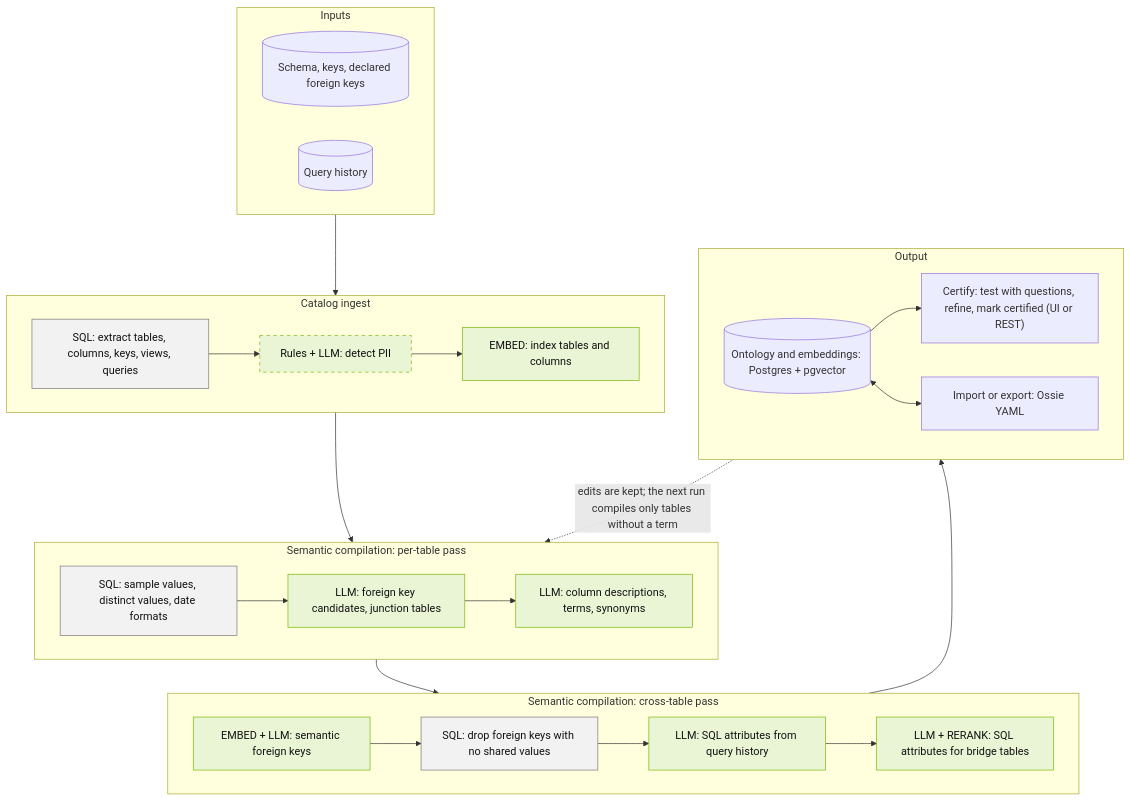
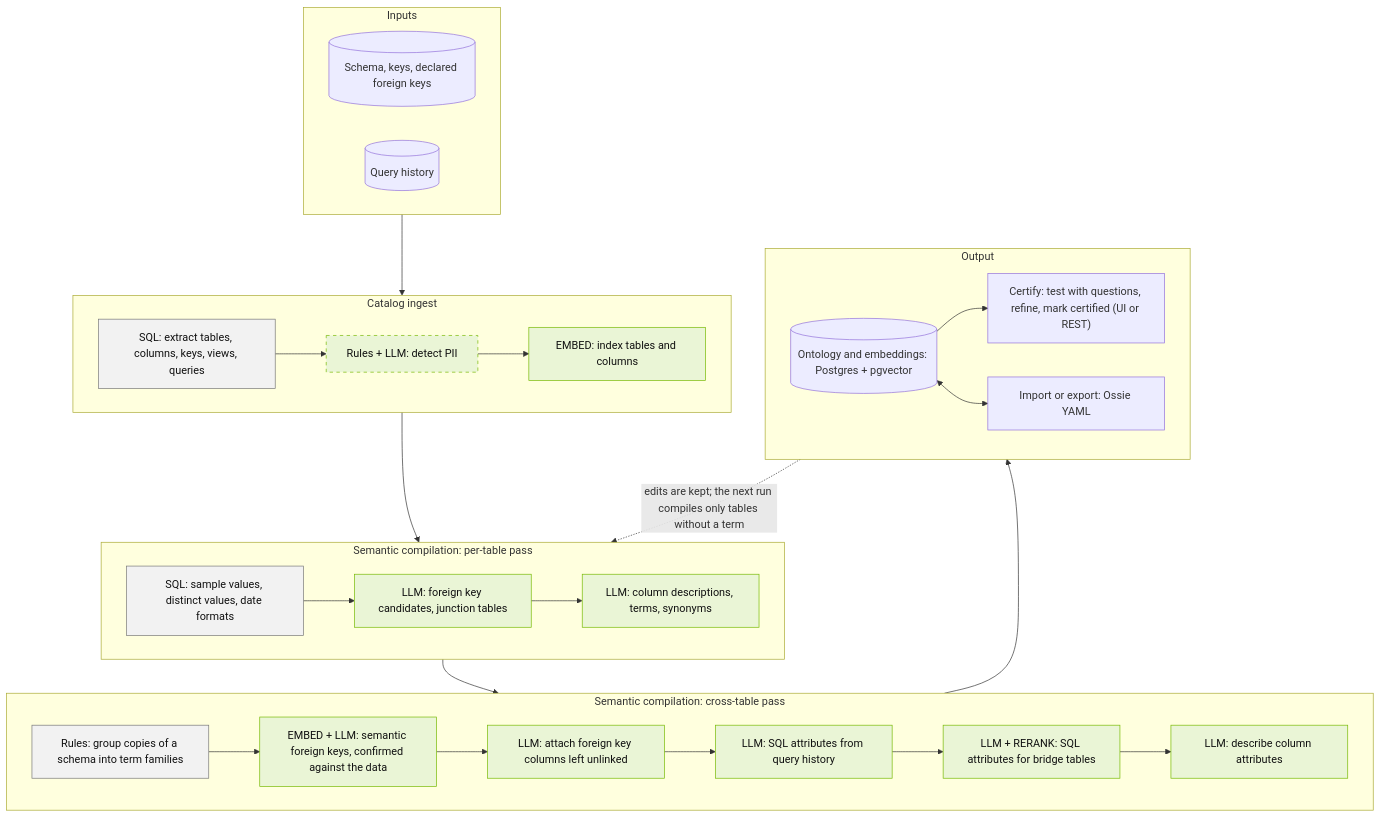
One commit to NVIDIA/auto-ontology changed the second of 4 diagrams in docs/architecture.md. Above: the diagram before and after it, drawn with Mermaid. The commit also changed other lines of this file and 1 other file, not shown here.

````diff
--- a/docs/architecture.md
+++ b/docs/architecture.md
@@ -87,33 +84,33 @@
 ```mermaid
 flowchart TD
   subgraph inputs["Inputs"]
     direction LR
     i1[("Schema, keys, declared foreign keys")]
     i2[("Query history")]
   end
   subgraph ingest["Catalog ingest"]
     direction LR
     c1["SQL: extract tables, columns, keys, views, queries"] --> c2["Rules + LLM: detect PII"] --> c3["EMBED: index tables and columns"]
   end
   subgraph pertable["Semantic compilation: per-table pass"]
     direction LR
     p1["SQL: sample values, distinct values, date formats"] --> p2["LLM: foreign key candidates, junction tables"] --> p3["LLM: column descriptions, terms, synonyms"]
   end
   subgraph cross["Semantic compilation: cross-table pass"]
     direction LR
-    x1["EMBED + LLM: semantic foreign keys"] --> x2["SQL: drop foreign keys with no shared values"] --> x3["LLM: SQL attributes from query history"] --> x4["LLM + RERANK: SQL attributes for bridge tables"]
+    x0["Rules: group copies of a schema into term families"] --> x1["EMBED + LLM: semantic foreign keys, confirmed against the data"] --> x2["LLM: attach foreign key columns left unlinked"] --> x3["LLM: SQL attributes from query history"] --> x4["LLM + RERANK: SQL attributes for bridge tables"] --> x5["LLM: describe column attributes"]
   end
   subgraph output["Output"]
     direction LR
     o1[("Ontology and embeddings: Postgres + pgvector")] --> o2["Certify: test with questions, refine, mark certified (UI or REST)"]
     o1 <--> o3["Import or export: Ossie YAML"]
   end
   inputs --> ingest --> pertable --> cross --> output
   output -. "edits are kept; the next run compiles only tables without a term" .-> pertable
   classDef model fill:#eaf5d6,stroke:#76b900,color:#111
   classDef det fill:#f2f2f2,stroke:#777,color:#111
   classDef optional stroke-dasharray:5 5
-  class c2,c3,p2,p3,x1,x3,x4 model
-  class c1,p1,x2 det
+  class c2,c3,p2,p3,x1,x2,x3,x4,x5 model
+  class c1,p1,x0 det
   class c2 optional
 ```
````
